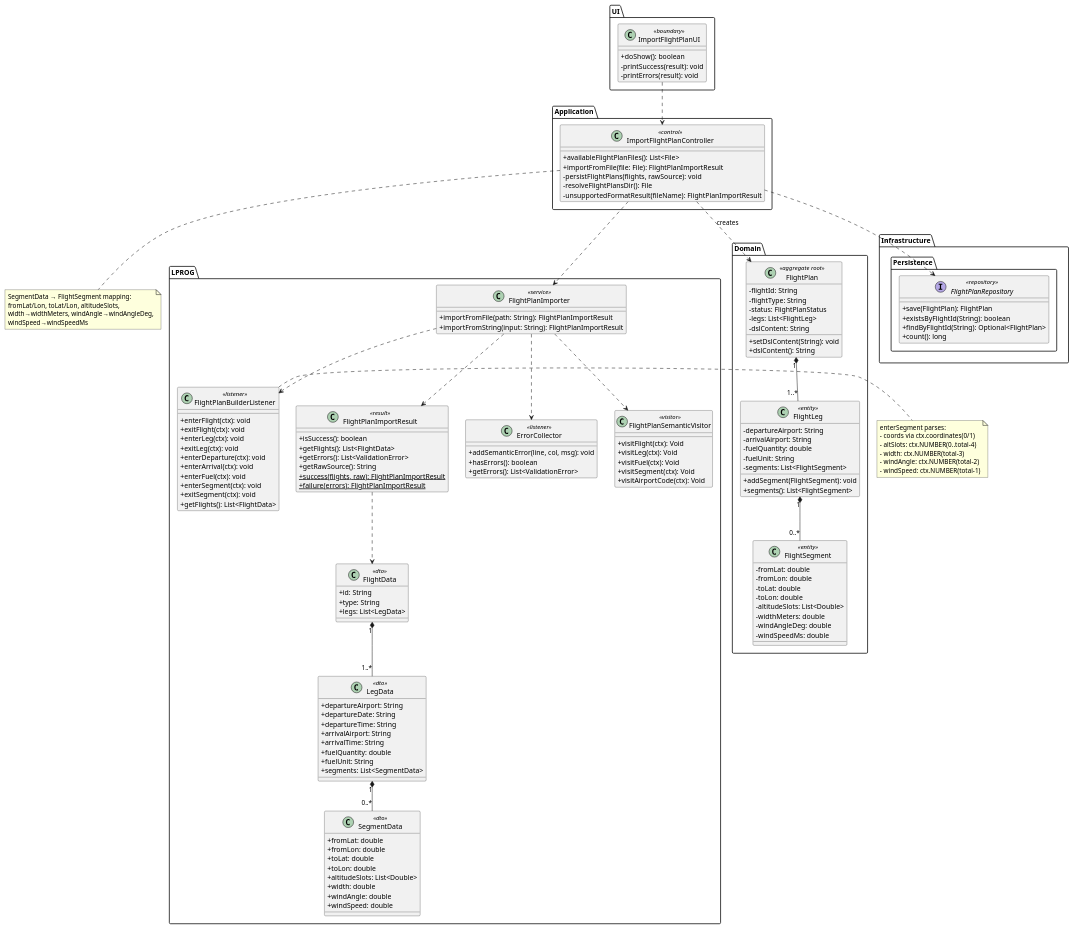
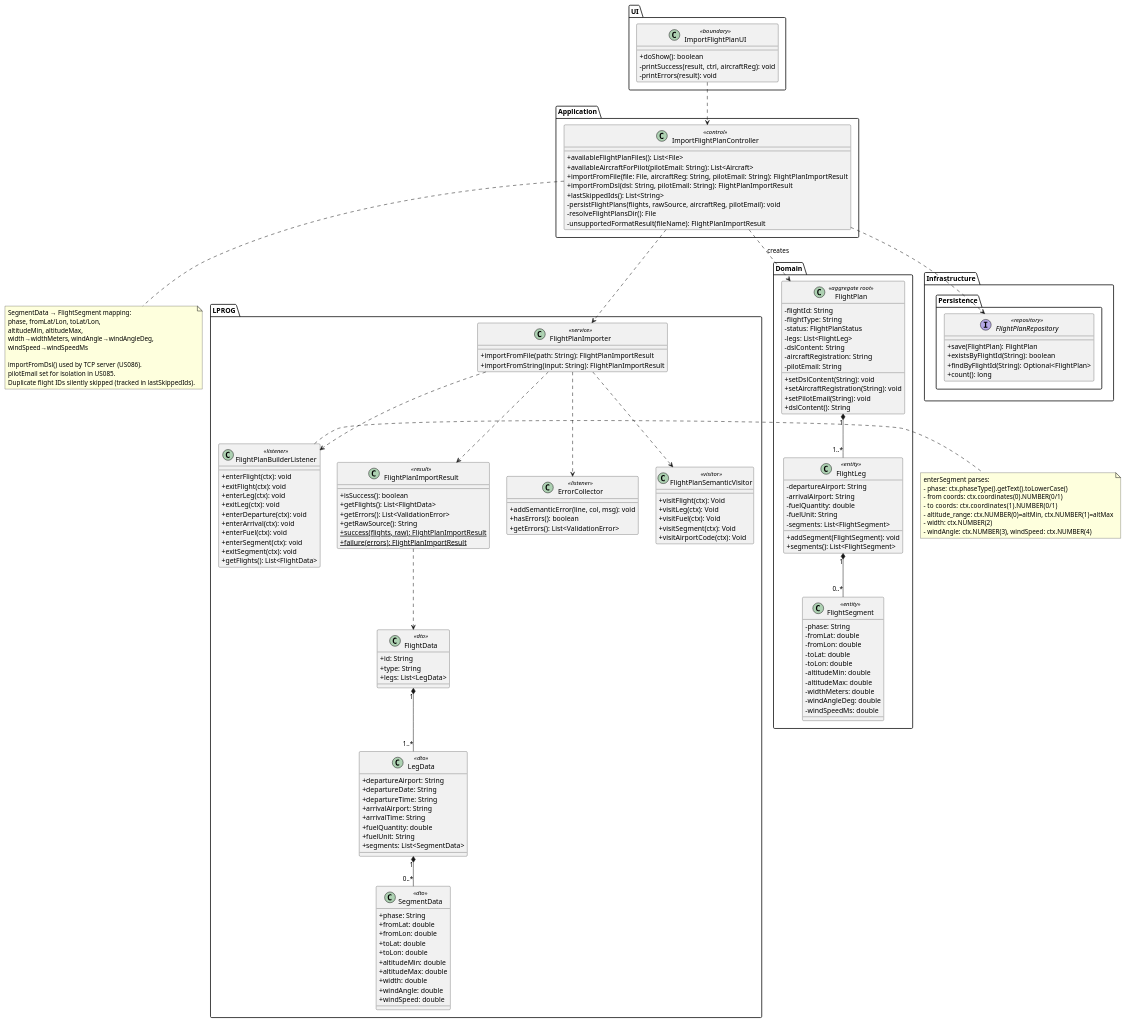
One commit to DuartePinto1240/sem4pi2526-sem4pi2526_2da2 changed the diagram in docs/Sprint 3/EAPLI/US081/puml/US081-class-diagram.puml. Above: the diagram before and after it, drawn with PlantUML. The commit also changed 57 other files, not shown here.

Commit message:
fix: pilot isolation, company filtering, flight plan creation improvements, docs update and TCP fix

```diff
--- a/docs/Sprint 3/EAPLI/US081/puml/US081-class-diagram.puml
+++ b/docs/Sprint 3/EAPLI/US081/puml/US081-class-diagram.puml
@@ -1,155 +1,172 @@
 @startuml
 skinparam classAttributeIconSize 0
 
 package "UI" {
   class ImportFlightPlanUI <<boundary>> {
     +doShow(): boolean
-    -printSuccess(result): void
+    -printSuccess(result, ctrl, aircraftReg): void
     -printErrors(result): void
   }
 }
 
 package "Application" {
   class ImportFlightPlanController <<control>> {
     +availableFlightPlanFiles(): List<File>
-    +importFromFile(file: File): FlightPlanImportResult
-    -persistFlightPlans(flights, rawSource): void
+    +availableAircraftForPilot(pilotEmail: String): List<Aircraft>
+    +importFromFile(file: File, aircraftReg: String, pilotEmail: String): FlightPlanImportResult
+    +importFromDsl(dsl: String, pilotEmail: String): FlightPlanImportResult
+    +lastSkippedIds(): List<String>
+    -persistFlightPlans(flights, rawSource, aircraftReg, pilotEmail): void
     -resolveFlightPlansDir(): File
     -unsupportedFormatResult(fileName): FlightPlanImportResult
   }
 }
 
 package "LPROG" {
   class FlightPlanImporter <<service>> {
     +importFromFile(path: String): FlightPlanImportResult
     +importFromString(input: String): FlightPlanImportResult
   }
   class FlightPlanImportResult <<result>> {
     +isSuccess(): boolean
     +getFlights(): List<FlightData>
     +getErrors(): List<ValidationError>
     +getRawSource(): String
     +{static} success(flights, raw): FlightPlanImportResult
     +{static} failure(errors): FlightPlanImportResult
   }
   class ErrorCollector <<listener>> {
     +addSemanticError(line, col, msg): void
     +hasErrors(): boolean
     +getErrors(): List<ValidationError>
   }
   class FlightPlanSemanticVisitor <<visitor>> {
     +visitFlight(ctx): Void
     +visitLeg(ctx): Void
     +visitFuel(ctx): Void
     +visitSegment(ctx): Void
     +visitAirportCode(ctx): Void
   }
   class FlightPlanBuilderListener <<listener>> {
     +enterFlight(ctx): void
     +exitFlight(ctx): void
     +enterLeg(ctx): void
     +exitLeg(ctx): void
     +enterDeparture(ctx): void
     +enterArrival(ctx): void
     +enterFuel(ctx): void
     +enterSegment(ctx): void
     +exitSegment(ctx): void
     +getFlights(): List<FlightData>
   }
   class FlightData <<dto>> {
     +id: String
     +type: String
     +legs: List<LegData>
   }
   class LegData <<dto>> {
     +departureAirport: String
     +departureDate: String
     +departureTime: String
     +arrivalAirport: String
     +arrivalTime: String
     +fuelQuantity: double
     +fuelUnit: String
     +segments: List<SegmentData>
   }
   class SegmentData <<dto>> {
+    +phase: String
     +fromLat: double
     +fromLon: double
     +toLat: double
     +toLon: double
-    +altitudeSlots: List<Double>
+    +altitudeMin: double
+    +altitudeMax: double
     +width: double
     +windAngle: double
     +windSpeed: double
   }
 }
 
 package "Domain" {
   class FlightPlan <<aggregate root>> {
     -flightId: String
     -flightType: String
     -status: FlightPlanStatus
     -legs: List<FlightLeg>
     -dslContent: String
+    -aircraftRegistration: String
+    -pilotEmail: String
     +setDslContent(String): void
+    +setAircraftRegistration(String): void
+    +setPilotEmail(String): void
     +dslContent(): String
   }
   class FlightLeg <<entity>> {
     -departureAirport: String
     -arrivalAirport: String
     -fuelQuantity: double
     -fuelUnit: String
     -segments: List<FlightSegment>
     +addSegment(FlightSegment): void
     +segments(): List<FlightSegment>
   }
   class FlightSegment <<entity>> {
+    -phase: String
     -fromLat: double
     -fromLon: double
     -toLat: double
     -toLon: double
-    -altitudeSlots: List<Double>
+    -altitudeMin: double
+    -altitudeMax: double
     -widthMeters: double
     -windAngleDeg: double
     -windSpeedMs: double
   }
 }
 
 package "Infrastructure.Persistence" {
   interface FlightPlanRepository <<repository>> {
     +save(FlightPlan): FlightPlan
     +existsByFlightId(String): boolean
     +findByFlightId(String): Optional<FlightPlan>
     +count(): long
   }
 }
 
 ImportFlightPlanUI ..> ImportFlightPlanController
 ImportFlightPlanController ..> FlightPlanImporter
 ImportFlightPlanController ..> FlightPlan : creates
 ImportFlightPlanController ..> FlightPlanRepository
 FlightPlanImporter ..> ErrorCollector
 FlightPlanImporter ..> FlightPlanSemanticVisitor
 FlightPlanImporter ..> FlightPlanBuilderListener
 FlightPlanImporter ..> FlightPlanImportResult
 FlightPlanImportResult ..> FlightData
 FlightData "1" *-- "1..*" LegData
 LegData "1" *-- "0..*" SegmentData
 FlightPlan "1" *-- "1..*" FlightLeg
 FlightLeg "1" *-- "0..*" FlightSegment
 
 note right of FlightPlanBuilderListener
   enterSegment parses:
-  - coords via ctx.coordinates(0/1)
-  - altSlots: ctx.NUMBER(0..total-4)
-  - width: ctx.NUMBER(total-3)
-  - windAngle: ctx.NUMBER(total-2)
-  - windSpeed: ctx.NUMBER(total-1)
+  - phase: ctx.phaseType().getText().toLowerCase()
+  - from coords: ctx.coordinates(0).NUMBER(0/1)
+  - to coords:   ctx.coordinates(1).NUMBER(0/1)
+  - altitude_range: ctx.NUMBER(0)=altMin, ctx.NUMBER(1)=altMax
+  - width: ctx.NUMBER(2)
+  - windAngle: ctx.NUMBER(3), windSpeed: ctx.NUMBER(4)
 end note
 
 note bottom of ImportFlightPlanController
   SegmentData → FlightSegment mapping:
-  fromLat/Lon, toLat/Lon, altitudeSlots,
+  phase, fromLat/Lon, toLat/Lon,
+  altitudeMin, altitudeMax,
   width→widthMeters, windAngle→windAngleDeg,
   windSpeed→windSpeedMs
+
+  importFromDsl() used by TCP server (US086).
+  pilotEmail set for isolation in US085.
+  Duplicate flight IDs silently skipped (tracked in lastSkippedIds).
 end note
 @enduml
```
